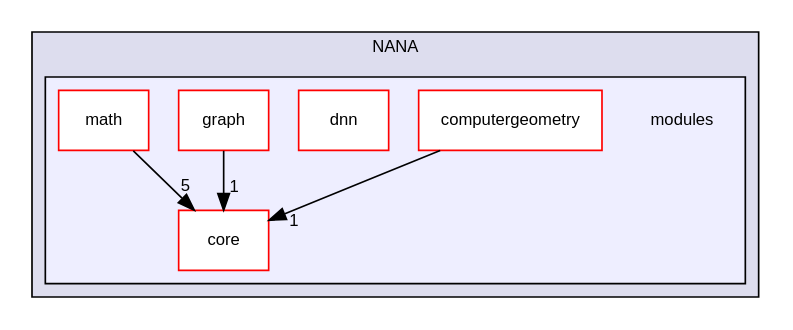
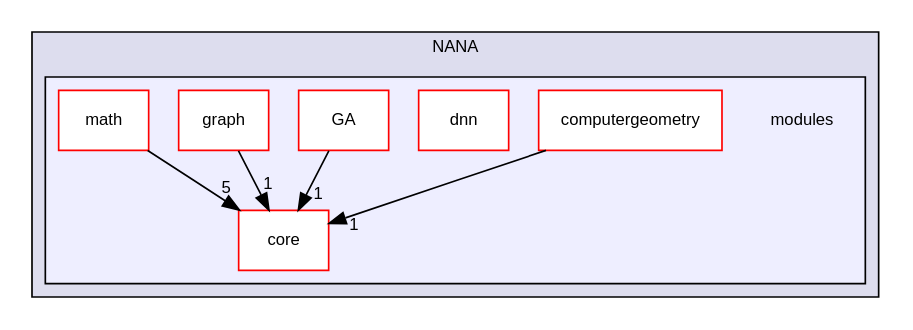
Before and after one commit to YuruTu/NANA: the diagram in docs/dir_6b55659ead8ae8e939b199224b5f3833_dep.dot, drawn with Graphviz. The commit also changed 141 other files, not shown here.

```diff
--- a/docs/dir_6b55659ead8ae8e939b199224b5f3833_dep.dot
+++ b/docs/dir_6b55659ead8ae8e939b199224b5f3833_dep.dot
@@ -1,20 +1,22 @@
 digraph "NANA/modules" {
   compound=true
   node [ fontsize="10", fontname="Helvetica"];
   edge [ labelfontsize="10", labelfontname="Helvetica"];
   subgraph clusterdir_7c9b6f0367ec74be5e320712e0f90a45 {
     graph [ bgcolor="#ddddee", pencolor="black", label="NANA" fontname="Helvetica", fontsize="10", URL="dir_7c9b6f0367ec74be5e320712e0f90a45.html"]
   subgraph clusterdir_6b55659ead8ae8e939b199224b5f3833 {
     graph [ bgcolor="#eeeeff", pencolor="black", label="" URL="dir_6b55659ead8ae8e939b199224b5f3833.html"];
     dir_6b55659ead8ae8e939b199224b5f3833 [shape=plaintext label="modules"];
   dir_a0034a2e1eb347b72447d7288fcbeb40 [shape=box label="computergeometry" fillcolor="white" style="filled" color="red" URL="dir_a0034a2e1eb347b72447d7288fcbeb40.html"];
   dir_c3e203e05606b384f5fc9d03652c3ac7 [shape=box label="core" fillcolor="white" style="filled" color="red" URL="dir_c3e203e05606b384f5fc9d03652c3ac7.html"];
   dir_3301d753c8d3b9ca2a0c8cbcfadf8edc [shape=box label="dnn" fillcolor="white" style="filled" color="red" URL="dir_3301d753c8d3b9ca2a0c8cbcfadf8edc.html"];
+  dir_59adbde5762d97ad75527641e5709f5d [shape=box label="GA" fillcolor="white" style="filled" color="red" URL="dir_59adbde5762d97ad75527641e5709f5d.html"];
   dir_33c137a055f180a488eaf5b0b4e3c87c [shape=box label="graph" fillcolor="white" style="filled" color="red" URL="dir_33c137a055f180a488eaf5b0b4e3c87c.html"];
   dir_b4523354886b5a0c83c88c960c3f222a [shape=box label="math" fillcolor="white" style="filled" color="red" URL="dir_b4523354886b5a0c83c88c960c3f222a.html"];
   }
   }
-  dir_33c137a055f180a488eaf5b0b4e3c87c->dir_c3e203e05606b384f5fc9d03652c3ac7 [headlabel="1", labeldistance=1.5 headhref="dir_000012_000006.html"];
+  dir_33c137a055f180a488eaf5b0b4e3c87c->dir_c3e203e05606b384f5fc9d03652c3ac7 [headlabel="1", labeldistance=1.5 headhref="dir_000016_000006.html"];
+  dir_59adbde5762d97ad75527641e5709f5d->dir_c3e203e05606b384f5fc9d03652c3ac7 [headlabel="1", labeldistance=1.5 headhref="dir_000012_000006.html"];
   dir_a0034a2e1eb347b72447d7288fcbeb40->dir_c3e203e05606b384f5fc9d03652c3ac7 [headlabel="1", labeldistance=1.5 headhref="dir_000002_000006.html"];
-  dir_b4523354886b5a0c83c88c960c3f222a->dir_c3e203e05606b384f5fc9d03652c3ac7 [headlabel="5", labeldistance=1.5 headhref="dir_000015_000006.html"];
+  dir_b4523354886b5a0c83c88c960c3f222a->dir_c3e203e05606b384f5fc9d03652c3ac7 [headlabel="5", labeldistance=1.5 headhref="dir_000019_000006.html"];
 }
```
